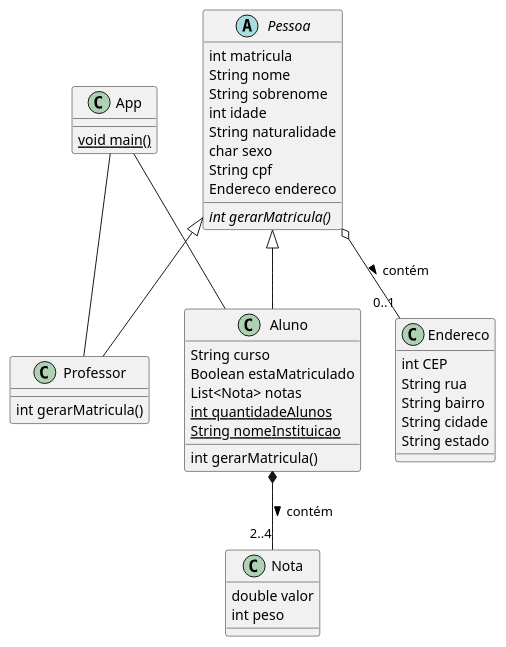
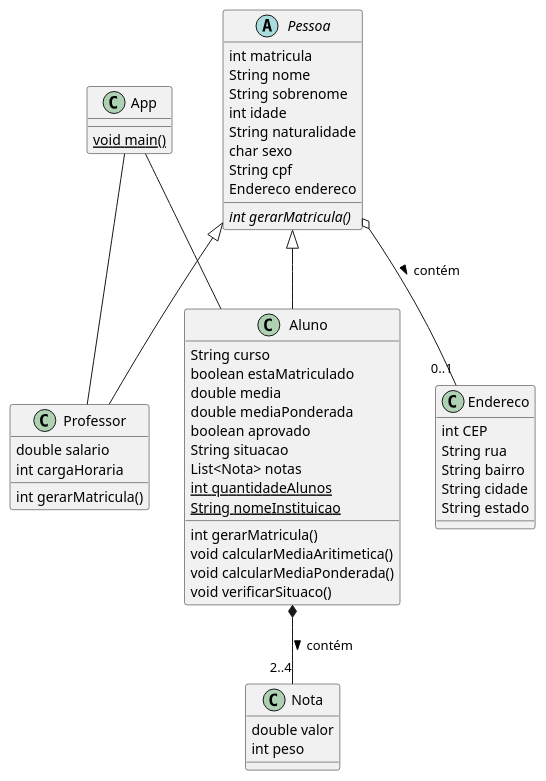
The diagram in diagramas/DiagramaClasse.wsd (diegoarmandoo/academico-api), drawn with PlantUML before and after one commit.

Commit message:
feat:(Diagramas): refatora o diagrama para representar as novas funcionalidades de Professor e Aluno
- Atributos para Armazenar a Média Aritmética , Média Ponderada e Situação do Aluno
- Atributos para Armazenar o Salário e Carga Horária do Professor
- Métodos para Calcular a Média Aritmética e Média Ponderada e Verificar a Situação do Aluno

```diff
--- a/diagramas/DiagramaClasse.wsd
+++ b/diagramas/DiagramaClasse.wsd
@@ -1,56 +1,65 @@
 @startuml Academico
 
     Class App {
         {static} void main()
     }
 
     Class Endereco {
         int CEP
         String rua
         String bairro
         String cidade
         String estado
     }
 
     abstract Class Pessoa {
         int matricula
         String nome
         String sobrenome
         int idade
         String naturalidade
         char sexo
         String cpf
         Endereco endereco
 
         {abstract} int gerarMatricula()
     }
 
     Class Nota {
         double valor
         int peso
     }
 
     Class Aluno {
         String curso 
-        Boolean estaMatriculado
+        boolean estaMatriculado
+        double media
+        double mediaPonderada
+        boolean aprovado
+        String situacao
         List<Nota> notas
         {static} int quantidadeAlunos
         {static} String nomeInstituicao
 
         int gerarMatricula()
+        void calcularMediaAritimetica()
+        void calcularMediaPonderada()
+        void verificarSituaco()
     }
 
     Class Professor {
+        double salario
+        int cargaHoraria
         
         int gerarMatricula()
     }
 
     App -- Aluno
     App -- Professor
 
     Pessoa <|-- Aluno
     Pessoa <|-- Professor
     Pessoa o-- "0..1" Endereco : contém >
     Aluno *-- "2..4" Nota : contém >
 
 @enduml
```
